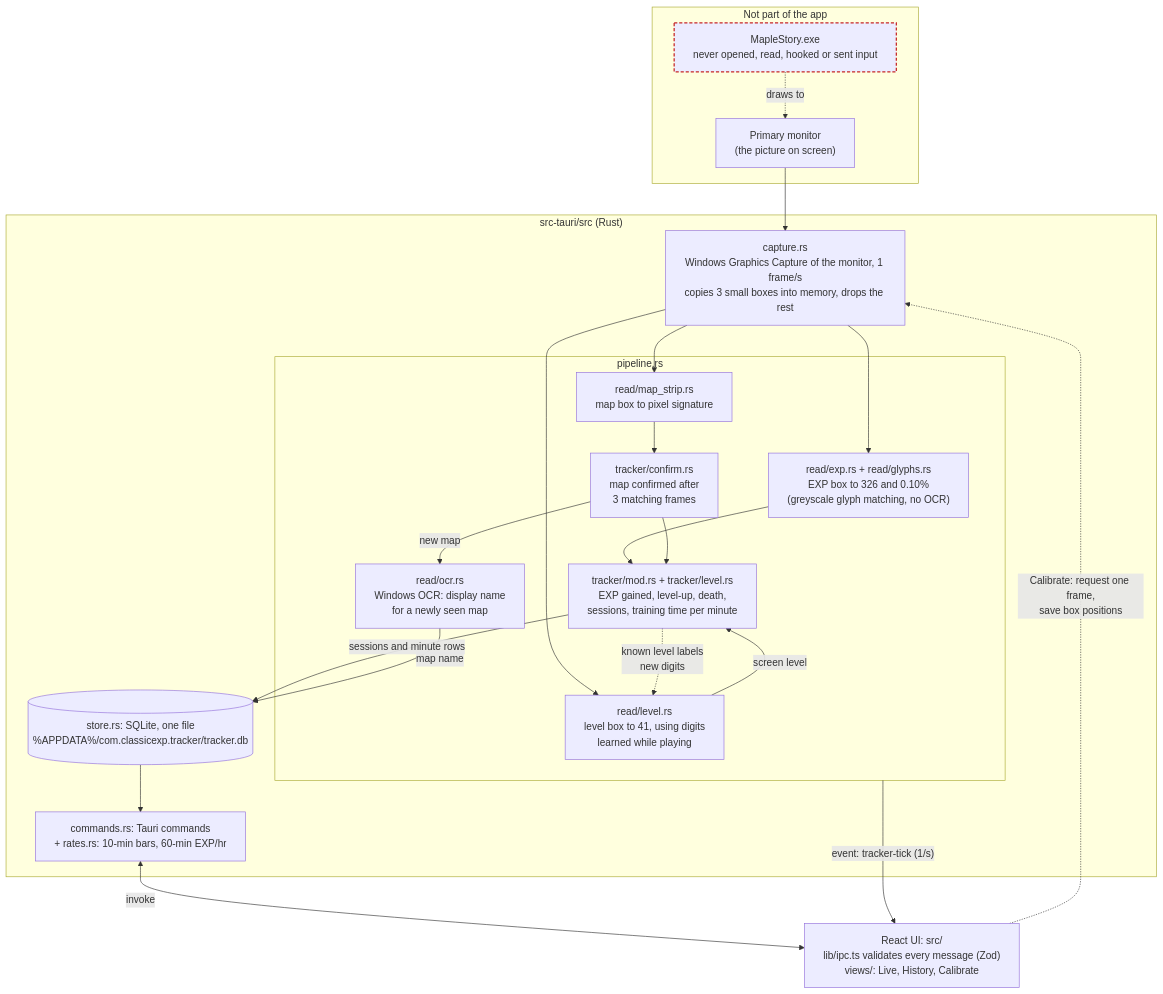
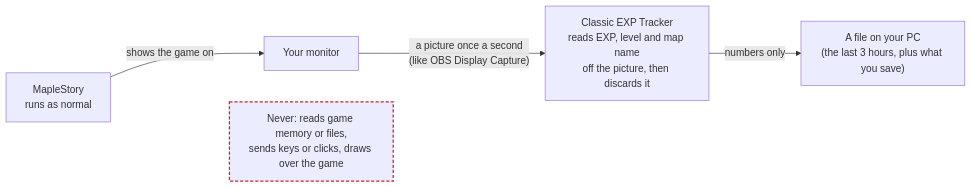
One commit to Kwuasimoto/classic-exp-tracker changed the diagram in README.md. Above: the diagram before and after it, drawn with Mermaid. The commit also changed other lines of this file and 13 other files, not shown here.

First line of the commit message:
feat: keep only saved snapshots; separate Save from Reset

````diff
--- a/README.md
+++ b/README.md
@@ -50,47 +7,11 @@
 ```mermaid
-%%{init: {"flowchart": {"wrappingWidth": 320}}}%%
-flowchart TB
-    subgraph outside["Not part of the app"]
-        game["MapleStory.exe<br/>never opened, read, hooked or sent input"]
-        monitor["Primary monitor<br/>(the picture on screen)"]
-        game -. "draws to" .-> monitor
-    end
+flowchart LR
+    game["MapleStory<br/>runs as normal"] -- "shows the game on" --> monitor["Your monitor"]
+    monitor -- "a picture once a second<br/>(like OBS Display Capture)" --> app["Classic EXP Tracker<br/>reads EXP, level and map name<br/>off the picture, then discards it"]
+    app -- "numbers only" --> file["A file on your PC<br/>(the last 3 hours, plus what you save)"]
+    never["Never: reads game memory or files,<br/>sends keys or clicks, draws over the game"]
+    game ~~~ never
 
-    subgraph backend["src-tauri/src (Rust)"]
-        capture["capture.rs<br/>Windows Graphics Capture of the monitor, 1 frame/s<br/>copies 3 small boxes into memory, drops the rest"]
-
-        subgraph pipeline["pipeline.rs"]
-            exp["read/exp.rs + read/glyphs.rs<br/>EXP box to 326 and 0.10%<br/>(greyscale glyph matching, no OCR)"]
-            strip["read/map_strip.rs<br/>map box to pixel signature"]
-            lvl["read/level.rs<br/>level box to 41, using digits<br/>learned while playing"]
-            confirm["tracker/confirm.rs<br/>map confirmed after<br/>3 matching frames"]
-            ocr["read/ocr.rs<br/>Windows OCR: display name<br/>for a newly seen map"]
-            track["tracker/mod.rs + tracker/level.rs<br/>EXP gained, level-up, death,<br/>sessions, training time per minute"]
-        end
-
-        store[("store.rs: SQLite, one file<br/>%APPDATA%/com.classicexp.tracker/tracker.db")]
-        commands["commands.rs: Tauri commands<br/>+ rates.rs: 10-min bars, 60-min EXP/hr"]
-    end
-
-    ui["React UI: src/<br/>lib/ipc.ts validates every message (Zod)<br/>views/: Live, History, Calibrate"]
-
-    monitor --> capture
-    capture --> exp
-    capture --> strip
-    capture --> lvl
-    lvl -- "screen level" --> track
-    track -. "known level labels<br/>new digits" .-> lvl
-    strip --> confirm
-    confirm -- "new map" --> ocr
-    exp --> track
-    confirm --> track
-    track -- "sessions and minute rows" --> store
-    ocr -- "map name" --> store
-    store --> commands
-    commands <-- "invoke" --> ui
-    pipeline -- "event: tracker-tick (1/s)" --> ui
-    ui -. "Calibrate: request one frame,<br/>save box positions" .-> capture
-
-    classDef offlimits stroke:#c62828,stroke-width:2px,stroke-dasharray:5 3
-    class game offlimits
+    classDef no stroke:#c62828,stroke-width:2px,stroke-dasharray:5 3
+    class never no
 ```
````
